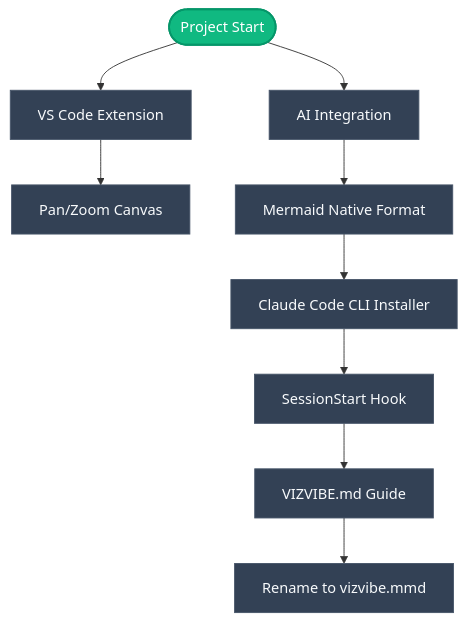
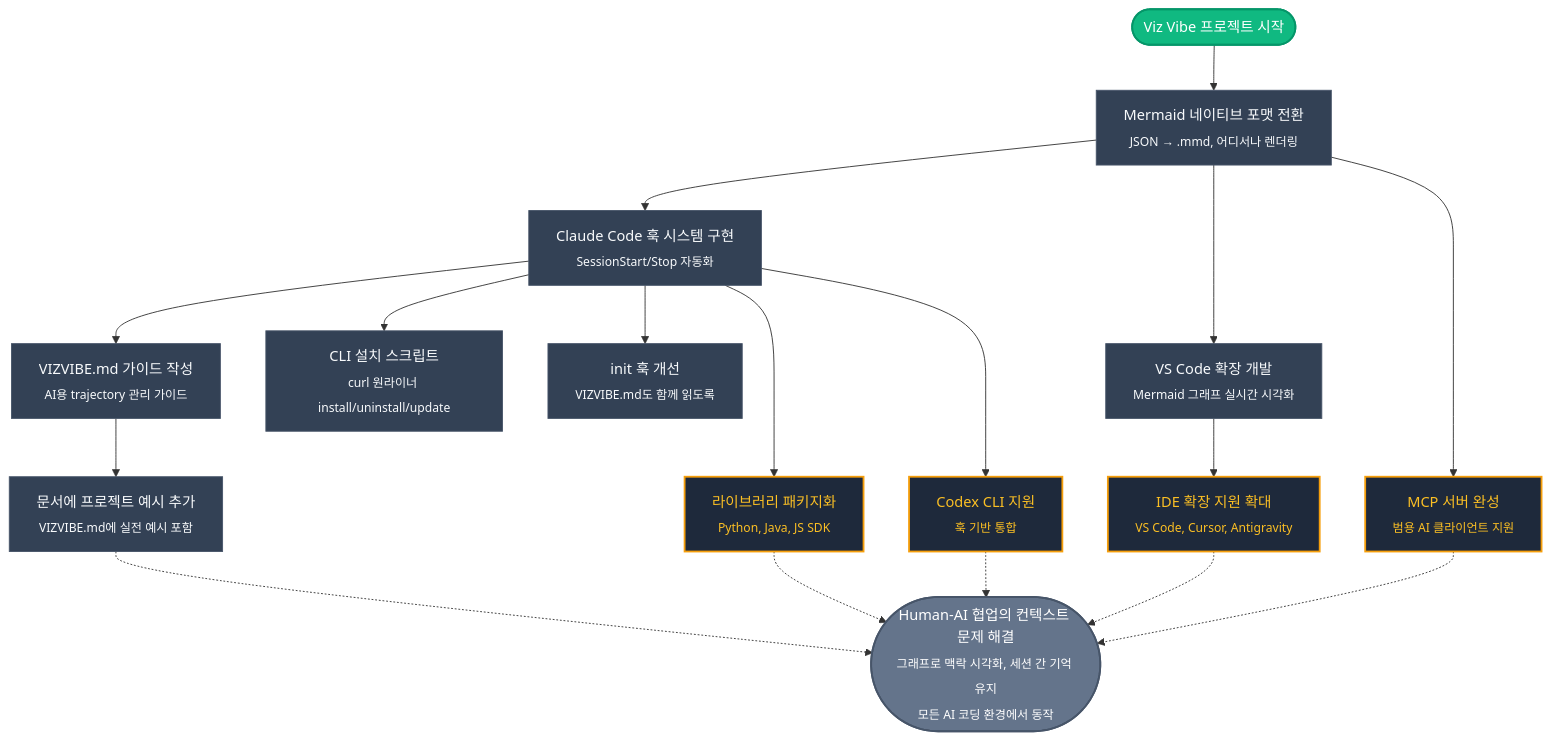
One commit to NamHyeongKeol/viz-vibe changed the diagram in vizvibe.mmd. Above: the diagram before and after it, drawn with Mermaid. The commit also changed 3 other files, not shown here.

```diff
--- a/vizvibe.mmd
+++ b/vizvibe.mmd
@@ -1,56 +1,91 @@
 flowchart TD
     %% === PROJECT GOALS ===
-    %% Ultimate Goal: Visual context map tool for AI-human vibe coding collaboration
-    %% Current Goal: Rename trajectory.mmd to vizvibe.mmd for better UX
+    %% Ultimate Goal: Make human-AI collaboration seamless with visual context maps
+    %% Current Goal: Stabilize Claude Code integration, expand to other platforms
 
-    %% === PHASE 1: Foundation ===
-    %% @start [start, closed]: Viz Vibe project initialized
-    start(["Project Start"])
+    %% === START & GOAL ===
 
-    %% @vscode_ext [ai-task, closed]: VS Code extension with graph-based workflow editor
-    vscode_ext["VS Code Extension"]
+    %% @project_start [start, closed]: Viz Vibe 프로젝트 시작 - 그래프 기반 컨텍스트 관리 도구
+    project_start(["Viz Vibe 프로젝트 시작"])
 
-    %% @ai_integration [ai-task, closed]: AI integration with VIZVIBE.md instructions
-    ai_integration["AI Integration"]
+    %% @ultimate_goal [end, opened]: 궁극적 목표 - 모든 AI 코딩 환경에서 컨텍스트를 시각화하고 세션 간 맥락을 유지
+    ultimate_goal(["Human-AI 협업의 컨텍스트 문제 해결<br/><sub>그래프로 맥락 시각화, 세션 간 기억 유지<br/>모든 AI 코딩 환경에서 동작</sub>"])
 
-    %% === PHASE 2: Features ===
-    %% @pan_zoom [ai-task, closed]: Pan/Zoom canvas functionality
-    pan_zoom["Pan/Zoom Canvas"]
+    %% === COMPLETED WORK ===
 
-    %% @mermaid_native [ai-task, closed]: Switch to Mermaid native .mmd format
-    mermaid_native["Mermaid Native Format"]
+    %% @mermaid_native [ai-task, closed]: JSON에서 Mermaid .mmd로 전환 - GitHub, Notion 등에서 바로 렌더링 가능
+    mermaid_native["Mermaid 네이티브 포맷 전환<br/><sub>JSON → .mmd, 어디서나 렌더링</sub>"]
 
-    %% === PHASE 3: Distribution ===
-    %% @claude_code_cli [ai-task, closed]: CLI installer for Claude Code users
-    claude_code_cli["Claude Code CLI Installer"]
+    %% @claude_code_hooks [ai-task, closed]: Claude Code 훅 구현 - SessionStart/Stop 훅으로 자동 읽기/업데이트
+    claude_code_hooks["Claude Code 훅 시스템 구현<br/><sub>SessionStart/Stop 자동화</sub>"]
 
-    %% @session_hooks [ai-task, closed]: SessionStart hook for auto-context loading
-    session_hooks["SessionStart Hook"]
+    %% @vizvibe_guide [ai-task, closed]: VIZVIBE.md 가이드 작성 - AI가 trajectory를 관리하는 방법 문서화
+    vizvibe_guide["VIZVIBE.md 가이드 작성<br/><sub>AI용 trajectory 관리 가이드</sub>"]
 
-    %% @vizvibe_guide [ai-task, closed]: VIZVIBE.md guide improvements
-    vizvibe_guide["VIZVIBE.md Guide"]
+    %% @install_scripts [ai-task, closed]: 설치 스크립트 제작 - curl 한 줄로 설치/삭제/업데이트 가능
+    install_scripts["CLI 설치 스크립트<br/><sub>curl 원라이너 install/uninstall/update</sub>"]
 
-    %% === CURRENT ===
-    %% @rename_vizvibe [ai-task, closed]: Rename trajectory.mmd to vizvibe.mmd
-    rename_vizvibe["Rename to vizvibe.mmd"]
+    %% @vscode_extension [ai-task, closed]: VS Code 확장 개발 - .mmd 파일 그래프 시각화
+    vscode_extension["VS Code 확장 개발<br/><sub>Mermaid 그래프 실시간 시각화</sub>"]
 
-    %% === EDGES ===
-    start --> vscode_ext
-    start --> ai_integration
-    vscode_ext --> pan_zoom
-    ai_integration --> mermaid_native
-    mermaid_native --> claude_code_cli
-    claude_code_cli --> session_hooks
-    session_hooks --> vizvibe_guide
-    vizvibe_guide --> rename_vizvibe
+    %% @read_hook_improve [ai-task, closed]: read-vizvibe.js 개선 - vizvibe.mmd와 VIZVIBE.md 모두 읽기
+    read_hook_improve["init 훅 개선<br/><sub>VIZVIBE.md도 함께 읽도록</sub>"]
+
+    %% === FUTURE WORK ===
+
+    %% @lib_packaging [ai-task, opened]: 라이브러리 패키지화 - Python, Java, JS 각 환경에 맞게 SDK 제공
+    lib_packaging["라이브러리 패키지화<br/><sub>Python, Java, JS SDK</sub>"]
+
+    %% @mcp_server [ai-task, opened]: MCP 서버 완성 - 다른 AI 클라이언트에서도 사용 가능하게
+    mcp_server["MCP 서버 완성<br/><sub>범용 AI 클라이언트 지원</sub>"]
+
+    %% @codex_cli [ai-task, opened]: Codex CLI 지원 - Claude Code처럼 훅 기반 통합
+    codex_cli["Codex CLI 지원<br/><sub>훅 기반 통합</sub>"]
+
+    %% @ide_extensions [ai-task, opened]: IDE 확장 지원 확대 - VS Code, Cursor, Antigravity
+    ide_extensions["IDE 확장 지원 확대<br/><sub>VS Code, Cursor, Antigravity</sub>"]
+
+    %% @improve_docs [ai-task, closed]: 문서 개선 - VIZVIBE.md에 실제 프로젝트 예시 추가
+    improve_docs["문서에 프로젝트 예시 추가<br/><sub>VIZVIBE.md에 실전 예시 포함</sub>"]
+
+    %% === CONNECTIONS ===
+    project_start --> mermaid_native
+    lib_packaging -.-> ultimate_goal
+    mcp_server -.-> ultimate_goal
+    codex_cli -.-> ultimate_goal
+    ide_extensions -.-> ultimate_goal
+    improve_docs -.-> ultimate_goal
+    mermaid_native --> claude_code_hooks
+    mermaid_native --> vscode_extension
+    claude_code_hooks --> vizvibe_guide
+    claude_code_hooks --> install_scripts
+    claude_code_hooks --> read_hook_improve
+    claude_code_hooks --> lib_packaging
+    claude_code_hooks --> codex_cli
+    mermaid_native --> mcp_server
+    vscode_extension --> ide_extensions
+    vizvibe_guide --> improve_docs
 
     %% === STYLES ===
-    style start fill:#10b981,stroke:#059669,color:#fff,stroke-width:2px
-    style vscode_ext fill:#334155,stroke:#475569,color:#f8fafc,stroke-width:1px
-    style ai_integration fill:#334155,stroke:#475569,color:#f8fafc,stroke-width:1px
-    style pan_zoom fill:#334155,stroke:#475569,color:#f8fafc,stroke-width:1px
+    %% Start (emerald)
+    style project_start fill:#10b981,stroke:#059669,color:#fff,stroke-width:2px
+
+    %% Ultimate Goal (gray - end node)
+    style ultimate_goal fill:#64748b,stroke:#475569,color:#fff,stroke-width:2px
+
+    %% Closed AI Tasks (slate)
     style mermaid_native fill:#334155,stroke:#475569,color:#f8fafc,stroke-width:1px
-    style claude_code_cli fill:#334155,stroke:#475569,color:#f8fafc,stroke-width:1px
-    style session_hooks fill:#334155,stroke:#475569,color:#f8fafc,stroke-width:1px
+    style claude_code_hooks fill:#334155,stroke:#475569,color:#f8fafc,stroke-width:1px
     style vizvibe_guide fill:#334155,stroke:#475569,color:#f8fafc,stroke-width:1px
-    style rename_vizvibe fill:#334155,stroke:#475569,color:#f8fafc,stroke-width:1px
+    style install_scripts fill:#334155,stroke:#475569,color:#f8fafc,stroke-width:1px
+    style vscode_extension fill:#334155,stroke:#475569,color:#f8fafc,stroke-width:1px
+    style read_hook_improve fill:#334155,stroke:#475569,color:#f8fafc,stroke-width:1px
+
+    %% Recently closed
+    style improve_docs fill:#334155,stroke:#475569,color:#f8fafc,stroke-width:1px
+
+    %% Opened AI Tasks (amber border)
+    style lib_packaging fill:#1e293b,stroke:#f59e0b,color:#fbbf24,stroke-width:2px
+    style mcp_server fill:#1e293b,stroke:#f59e0b,color:#fbbf24,stroke-width:2px
+    style codex_cli fill:#1e293b,stroke:#f59e0b,color:#fbbf24,stroke-width:2px
+    style ide_extensions fill:#1e293b,stroke:#f59e0b,color:#fbbf24,stroke-width:2px
```
